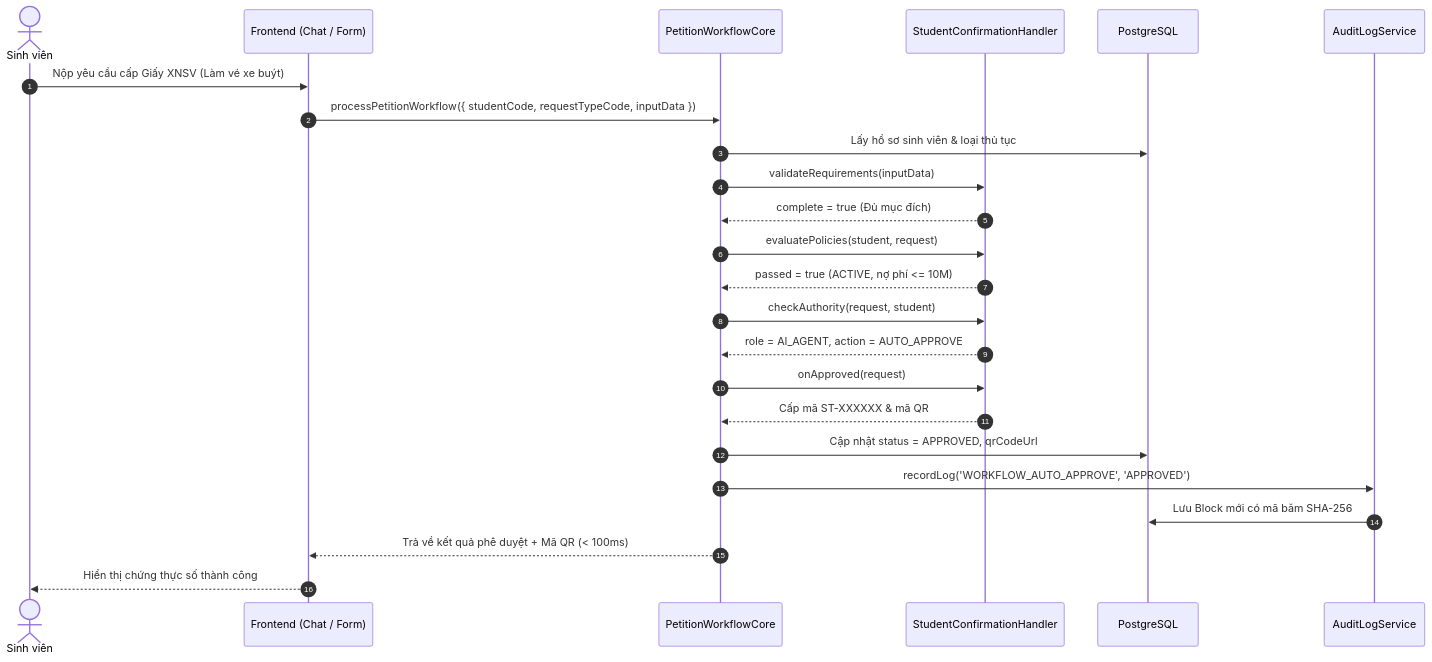
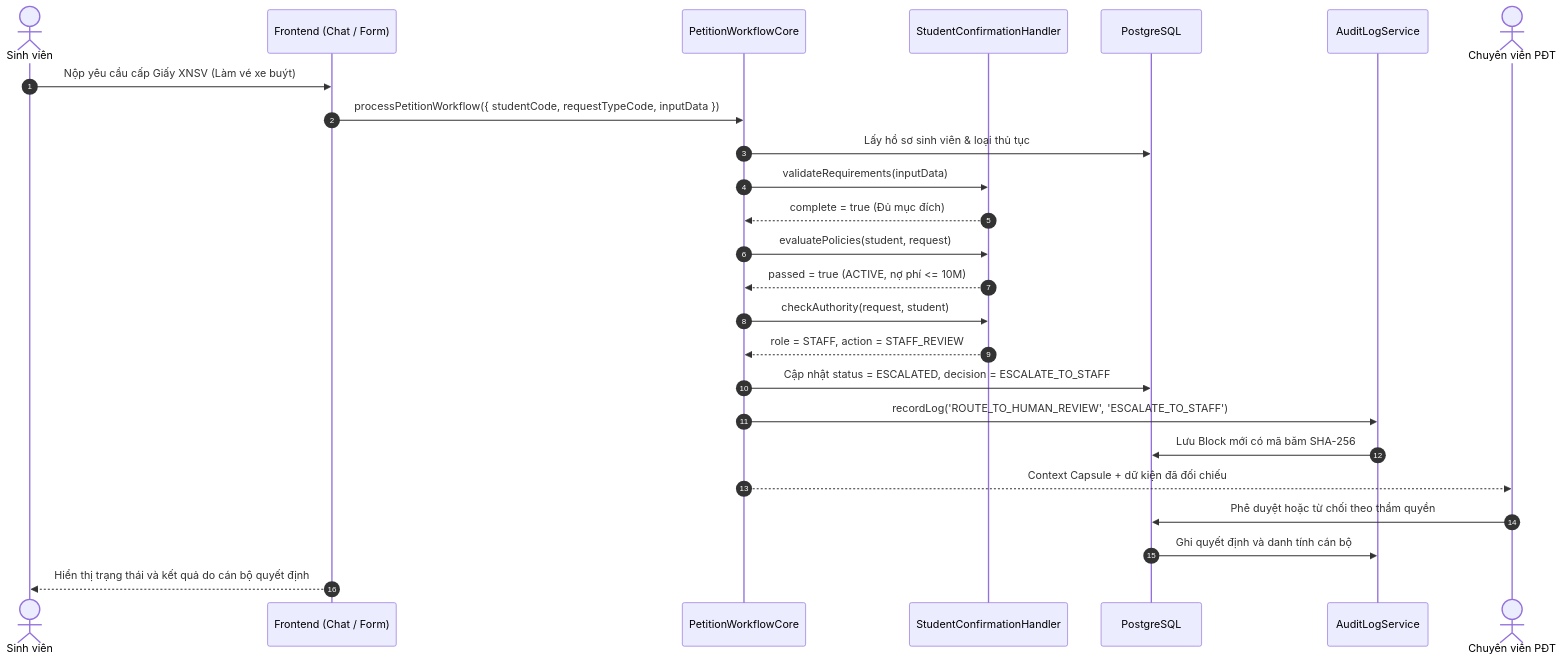
The first of 7 diagrams in EDUREF_AI/docs/03_WORKFLOWS.md (HuuNhan-147/EduRef_AI_Agent), drawn with Mermaid before and after one commit. The commit also changed other lines of this file and 67 other files, not shown here.

Commit message:
feat: refine student intake and human review UI

````diff
--- a/EDUREF_AI/docs/03_WORKFLOWS.md
+++ b/EDUREF_AI/docs/03_WORKFLOWS.md
@@ -11,27 +19,28 @@
 ```mermaid
 sequenceDiagram
     autonumber
     actor SinhVien as Sinh viên
     participant Frontend as Frontend (Chat / Form)
     participant Core as PetitionWorkflowCore
     participant Handler as StudentConfirmationHandler
     participant DB as PostgreSQL
     participant Audit as AuditLogService
+    actor CanBo as Chuyên viên PĐT
 
     SinhVien->>Frontend: Nộp yêu cầu cấp Giấy XNSV (Làm vé xe buýt)
     Frontend->>Core: processPetitionWorkflow({ studentCode, requestTypeCode, inputData })
     Core->>DB: Lấy hồ sơ sinh viên & loại thủ tục
     Core->>Handler: validateRequirements(inputData)
     Handler-->>Core: complete = true (Đủ mục đích)
     Core->>Handler: evaluatePolicies(student, request)
     Handler-->>Core: passed = true (ACTIVE, nợ phí <= 10M)
     Core->>Handler: checkAuthority(request, student)
-    Handler-->>Core: role = AI_AGENT, action = AUTO_APPROVE
-    Core->>Handler: onApproved(request)
-    Handler-->>Core: Cấp mã ST-XXXXXX & mã QR
-    Core->>DB: Cập nhật status = APPROVED, qrCodeUrl
-    Core->>Audit: recordLog('WORKFLOW_AUTO_APPROVE', 'APPROVED')
+    Handler-->>Core: role = STAFF, action = STAFF_REVIEW
+    Core->>DB: Cập nhật status = ESCALATED, decision = ESCALATE_TO_STAFF
+    Core->>Audit: recordLog('ROUTE_TO_HUMAN_REVIEW', 'ESCALATE_TO_STAFF')
     Audit->>DB: Lưu Block mới có mã băm SHA-256
-    Core-->>Frontend: Trả về kết quả phê duyệt + Mã QR (< 100ms)
-    Frontend-->>SinhVien: Hiển thị chứng thực số thành công
+    Core-->>CanBo: Context Capsule + dữ kiện đã đối chiếu
+    CanBo->>DB: Phê duyệt hoặc từ chối theo thẩm quyền
+    DB->>Audit: Ghi quyết định và danh tính cán bộ
+    Frontend-->>SinhVien: Hiển thị trạng thái và kết quả do cán bộ quyết định
 ```
````
